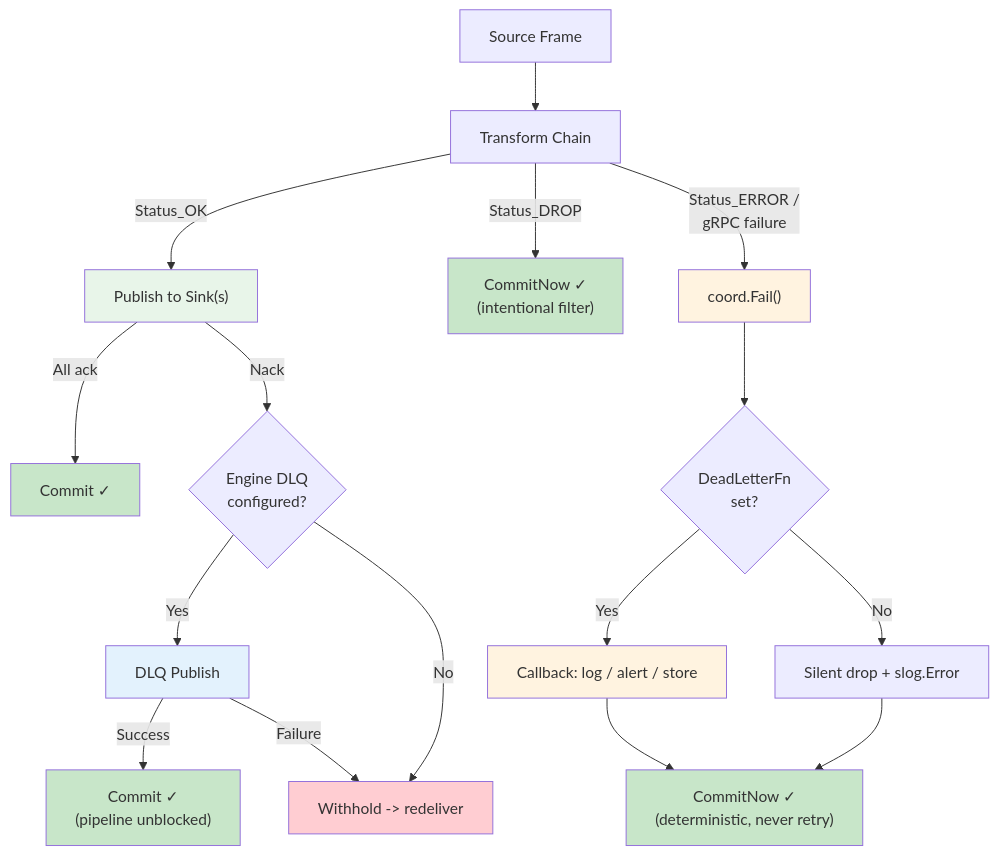
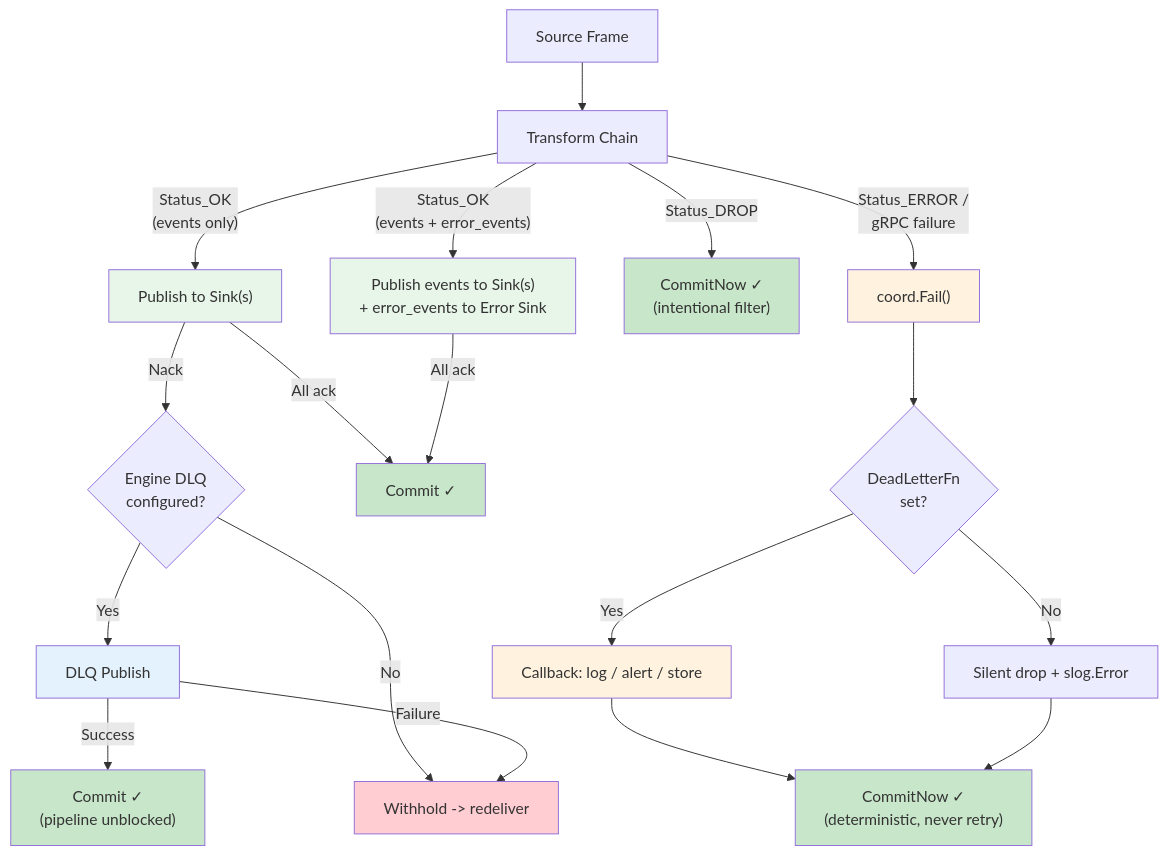
One commit to mohsanabbas/quanta changed the fifth of 5 diagrams in docs/specs/error-ownership.md. Above: the diagram before and after it, drawn with Mermaid. The commit also changed other lines of this file and 8 other files, not shown here.

First line of the commit message:
feat: S3 NackAware + error_sink config tests + stale docs update

````diff
--- a/docs/specs/error-ownership.md
+++ b/docs/specs/error-ownership.md
@@ -205,33 +269,36 @@
 ```mermaid
 flowchart TD
     frame["Source Frame"] --> transform["Transform Chain"]
 
-    transform -->|"Status_OK"| sinks["Publish to Sink(s)"]
+    transform -->|"Status_OK<br/>(events only)"| sinks["Publish to Sink(s)"]
+    transform -->|"Status_OK<br/>(events + error_events)"| both["Publish events to Sink(s)<br/>+ error_events to Error Sink"]
     transform -->|"Status_DROP"| commitDrop["CommitNow ✓<br/>(intentional filter)"]
     transform -->|"Status_ERROR /<br/>gRPC failure"| fail["coord.Fail()"]
 
     fail --> dlfn{"DeadLetterFn<br/>set?"}
     dlfn -->|Yes| callback["Callback: log / alert / store"]
     dlfn -->|No| silent["Silent drop + slog.Error"]
     callback --> commitFail["CommitNow ✓<br/>(deterministic, never retry)"]
     silent --> commitFail
 
     sinks -->|"All ack"| commitOK["Commit ✓"]
+    both -->|"All ack"| commitOK
     sinks -->|"Nack"| nackPath{"Engine DLQ<br/>configured?"}
 
     nackPath -->|Yes| dlqPub["DLQ Publish"]
     nackPath -->|No| withhold["Withhold -> redeliver"]
 
     dlqPub -->|Success| commitDLQ["Commit ✓<br/>(pipeline unblocked)"]
     dlqPub -->|Failure| withhold
 
     style sinks fill:#e8f5e9
+    style both fill:#e8f5e9
     style fail fill:#fff3e0
     style commitOK fill:#c8e6c9
     style commitDrop fill:#c8e6c9
     style commitFail fill:#c8e6c9
     style commitDLQ fill:#c8e6c9
     style withhold fill:#ffcdd2
     style callback fill:#fff3e0
     style dlqPub fill:#e3f2fd
 ```
````
